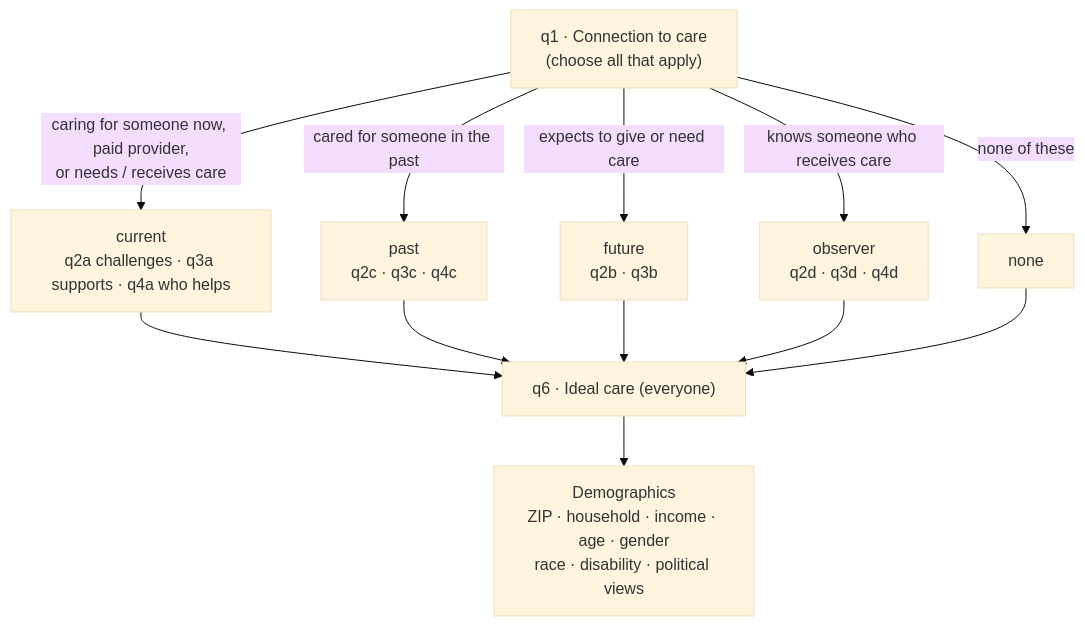
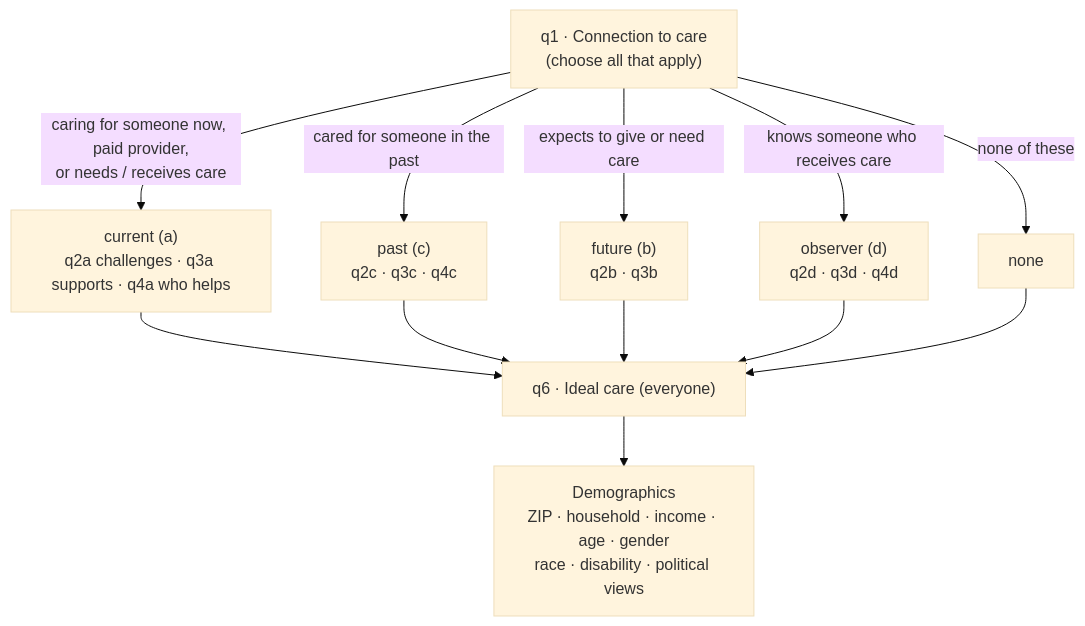
Before and after one commit to UI-Research/one-million-care-conversations: the diagram in scripts/01_clean-data.qmd, drawn with Mermaid (base theme). The commit also changed other lines of this file and 5 other files, not shown here.

Commit message:
Cleaning page: 'The survey in brief' section up front (pathways, flowchart, routing exception callout, naming); pathway counts as a chart

````diff
--- a/scripts/01_clean-data.qmd
+++ b/scripts/01_clean-data.qmd
@@ -721,24 +38,24 @@
 ```{mermaid}
 %%| label: fig-routing
-%%| fig-cap: "How respondents move through the survey. The first pathway that applies wins."
+%%| fig-cap: "How respondents move through the survey, in routing order: the first pathway that applies wins."
 flowchart TD
   q1["q1 · Connection to care<br/>(choose all that apply)"]
   q1 -->|"caring for someone now, paid provider,<br/>or needs / receives care"| A
   q1 -->|"cared for someone in the past"| C
   q1 -->|"expects to give or need care"| B
   q1 -->|"knows someone who receives care"| D
   q1 -->|"none of these"| E
 
-  A["current<br/>q2a challenges · q3a supports · q4a who helps"]
-  C["past<br/>q2c · q3c · q4c"]
-  B["future<br/>q2b · q3b"]
-  D["observer<br/>q2d · q3d · q4d"]
+  A["current (a)<br/>q2a challenges · q3a supports · q4a who helps"]
+  C["past (c)<br/>q2c · q3c · q4c"]
+  B["future (b)<br/>q2b · q3b"]
+  D["observer (d)<br/>q2d · q3d · q4d"]
   E["none"]
 
   A --> q6
   C --> q6
   B --> q6
   D --> q6
   E --> q6
   q6["q6 · Ideal care (everyone)"] --> demo["Demographics<br/>ZIP · household · income · age · gender<br/>race · disability · political views"]
 ```
````
